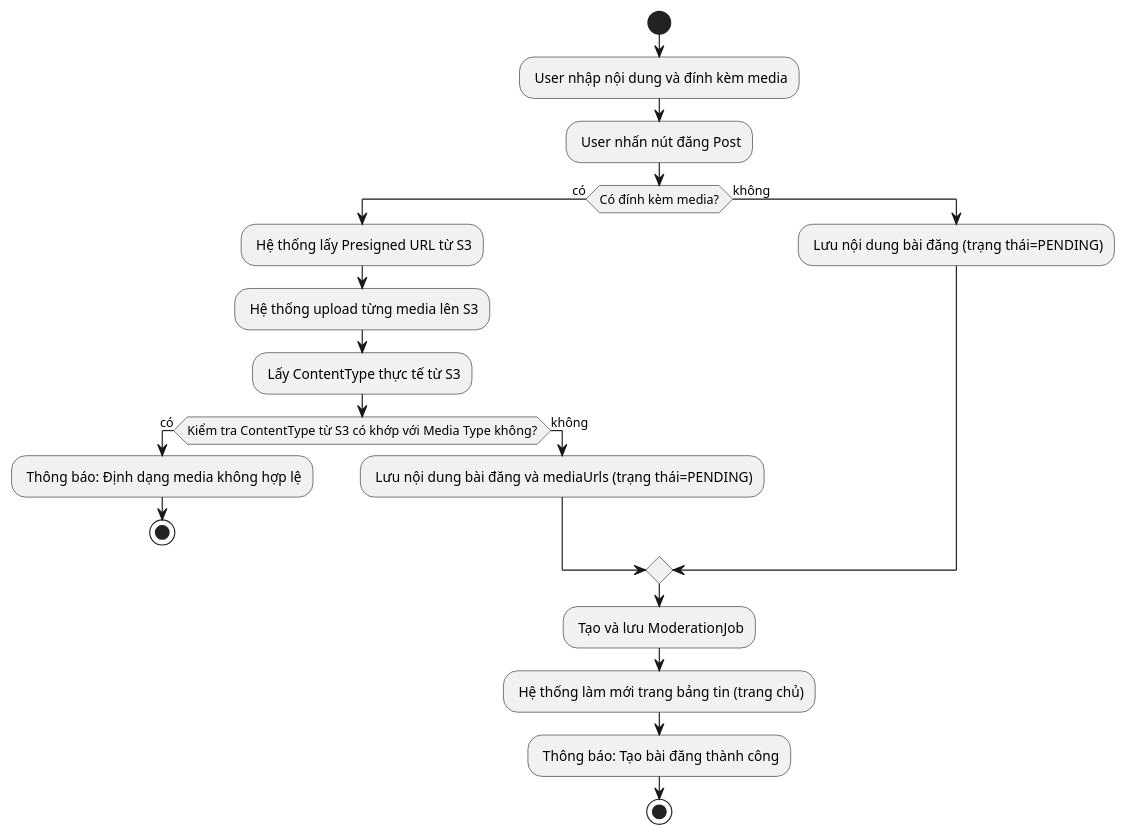
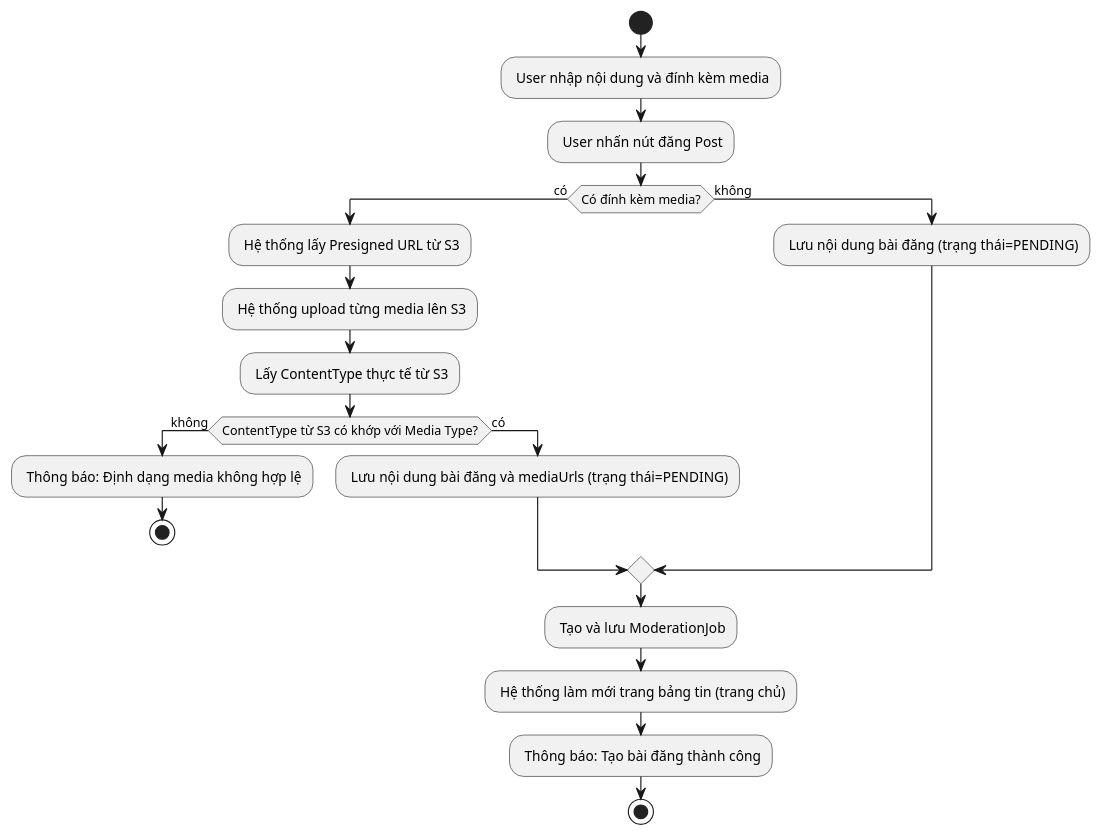
Before and after one commit to trantrieuduong/Do-An-NNLTTT: the diagram in uml/create_post_activity_diagram.puml, drawn with PlantUML. The commit also changed 7 other files, not shown here.

```diff
--- a/uml/create_post_activity_diagram.puml
+++ b/uml/create_post_activity_diagram.puml
@@ -1,24 +1,24 @@
 @startuml
 start
 : User nhập nội dung và đính kèm media;
 : User nhấn nút đăng Post;
 
 if (Có đính kèm media?) then (có)
     : Hệ thống lấy Presigned URL từ S3;
     : Hệ thống upload từng media lên S3;
     : Lấy ContentType thực tế từ S3;
-    if (Kiểm tra ContentType từ S3 có khớp với Media Type không?) then (có)
+    if (ContentType từ S3 có khớp với Media Type?) then (không)
         : Thông báo: Định dạng media không hợp lệ;
         stop
-    else (không)
+    else (có)
         : Lưu nội dung bài đăng và mediaUrls (trạng thái=PENDING);
     endif
 else (không)
     : Lưu nội dung bài đăng (trạng thái=PENDING);
 endif
 
 : Tạo và lưu ModerationJob;
 : Hệ thống làm mới trang bảng tin (trang chủ);
 : Thông báo: Tạo bài đăng thành công;
 stop
 @enduml
```
